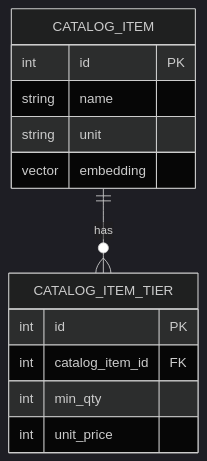
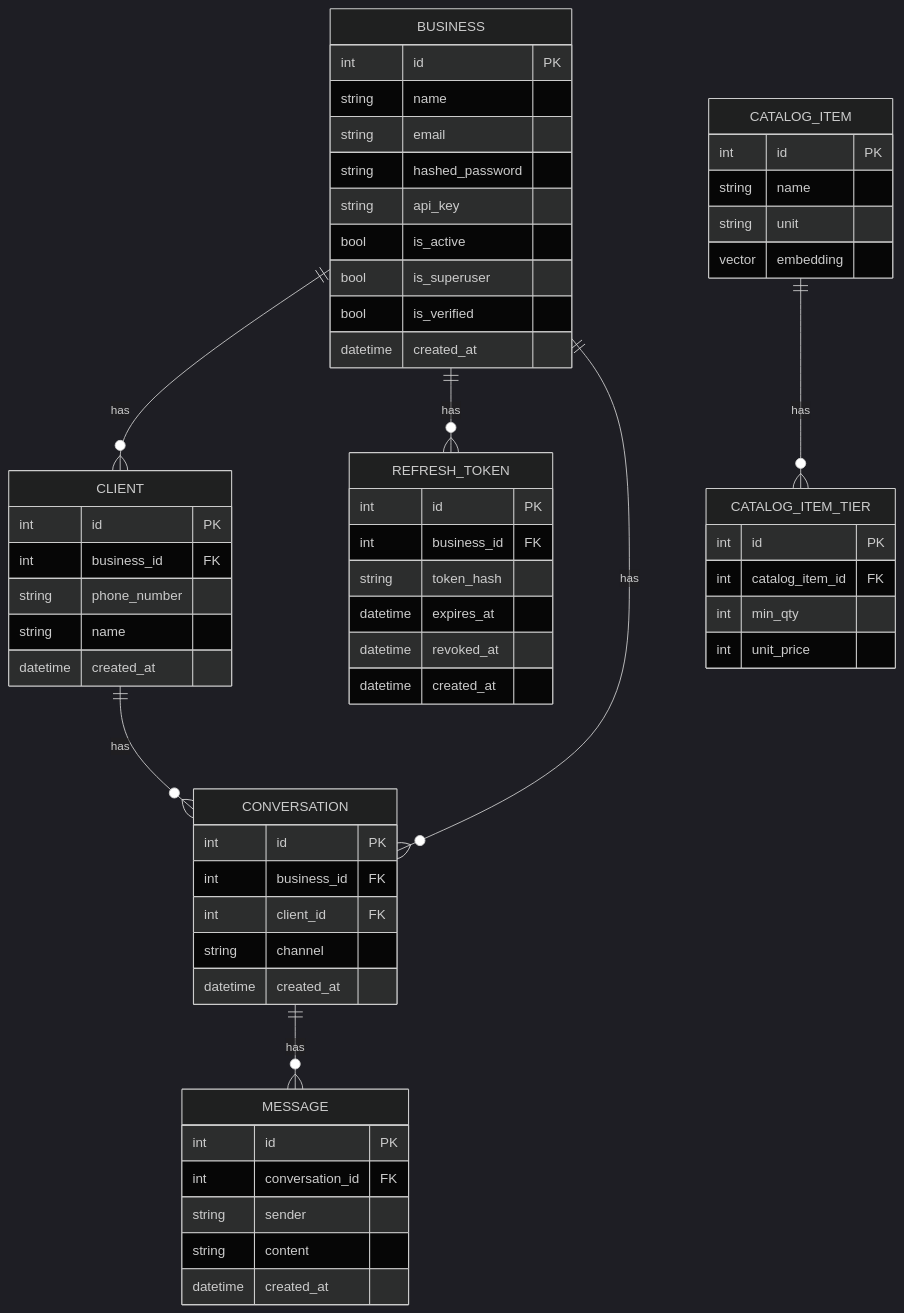
Before and after one commit to amineaiba/Quotify: the first of 2 diagrams in docs/ARCHITECTURE.md, drawn with Mermaid (dark theme). The commit also changed other lines of this file and 13 other files, not shown here.

Commit message:
Foundation: Business/Client models, auth, conversations

````diff
--- a/docs/ARCHITECTURE.md
+++ b/docs/ARCHITECTURE.md
@@ -32,16 +34,62 @@
 ```mermaid
 erDiagram
+    BUSINESS ||--o{ CLIENT : has
+    BUSINESS ||--o{ REFRESH_TOKEN : has
+    BUSINESS ||--o{ CONVERSATION : has
+    CLIENT ||--o{ CONVERSATION : has
+    CONVERSATION ||--o{ MESSAGE : has
     CATALOG_ITEM ||--o{ CATALOG_ITEM_TIER : has
+
+    BUSINESS {
+        int id PK
+        string name
+        string email
+        string hashed_password
+        string api_key
+        bool is_active
+        bool is_superuser
+        bool is_verified
+        datetime created_at
+    }
+    CLIENT {
+        int id PK
+        int business_id FK
+        string phone_number
+        string name
+        datetime created_at
+    }
+    REFRESH_TOKEN {
+        int id PK
+        int business_id FK
+        string token_hash
+        datetime expires_at
+        datetime revoked_at
+        datetime created_at
+    }
+    CONVERSATION {
+        int id PK
+        int business_id FK
+        int client_id FK
+        string channel
+        datetime created_at
+    }
+    MESSAGE {
+        int id PK
+        int conversation_id FK
+        string sender
+        string content
+        datetime created_at
+    }
     CATALOG_ITEM {
         int id PK
         string name
         string unit
         vector embedding
     }
     CATALOG_ITEM_TIER {
         int id PK
         int catalog_item_id FK
         int min_qty
         int unit_price
     }
 ```
````
